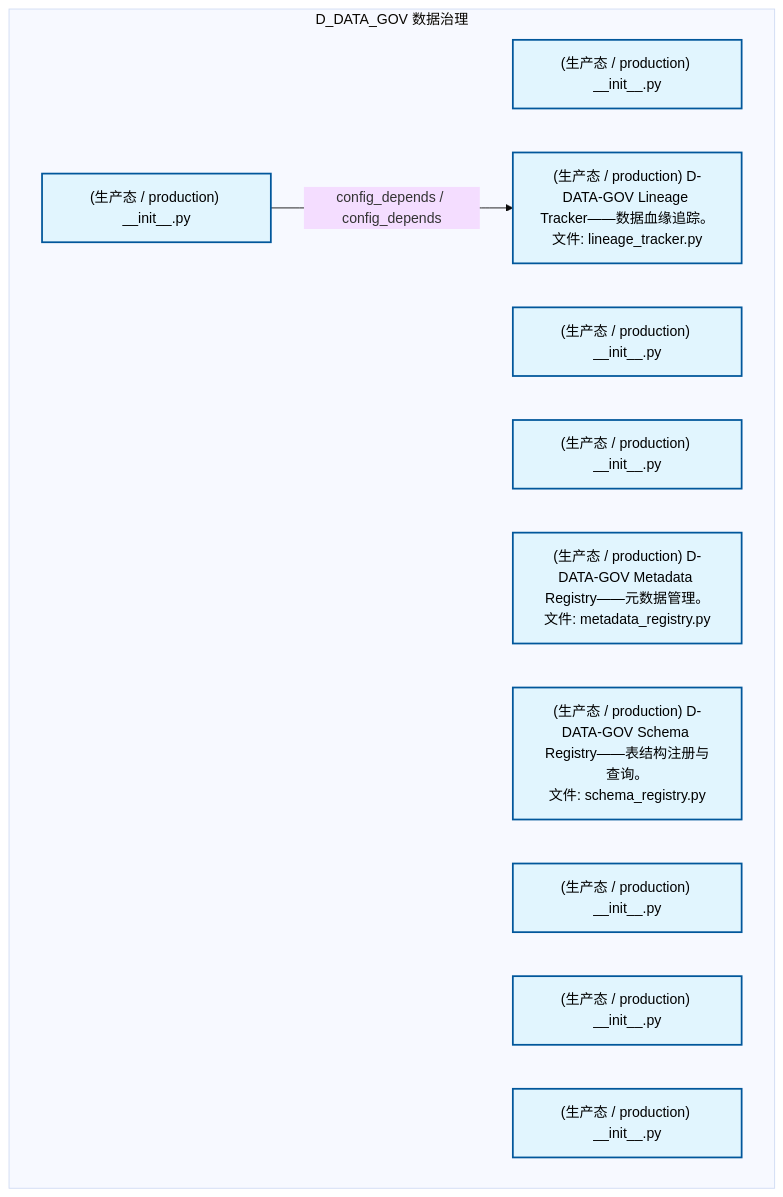
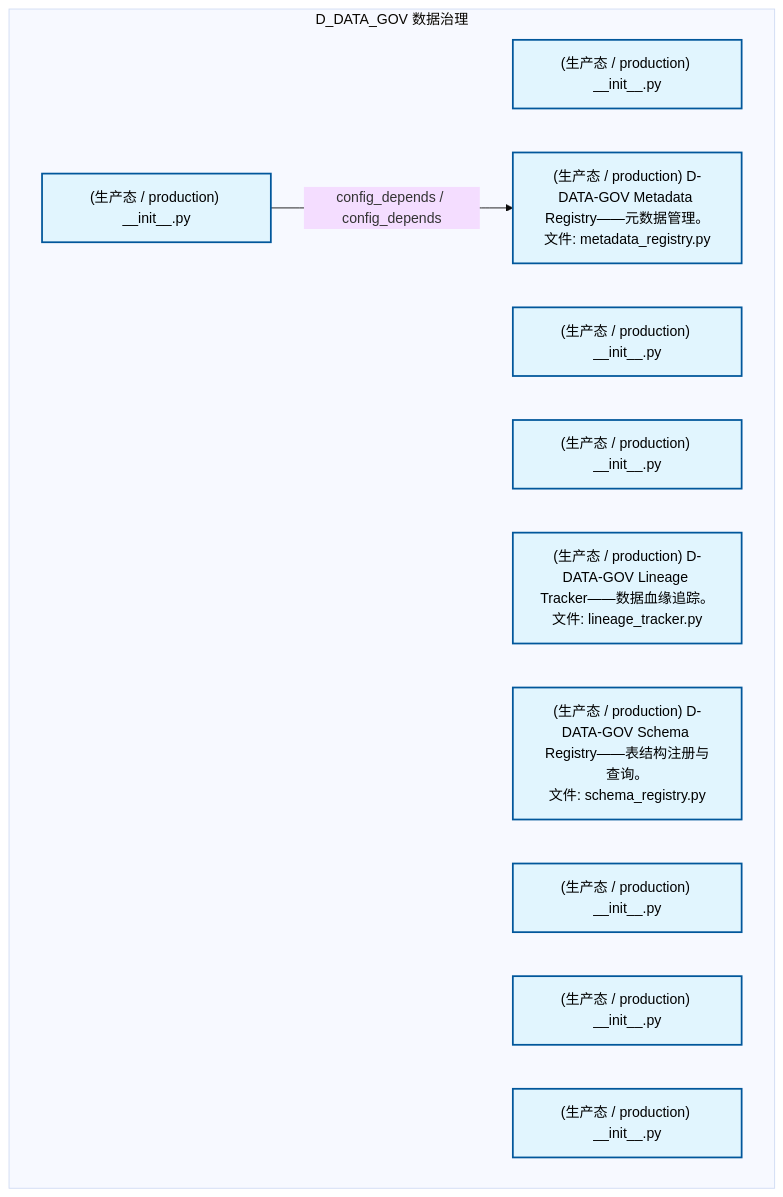
The second of 2 diagrams in docs/02_enterprise_architecture/02_domain_architecture_docs/13_d_data_gov.md (xuanFelixVan/ZephyrAlpha), drawn with Mermaid (base theme) before and after one commit. The commit also changed other lines of this file and 41 other files, not shown here.

````diff
--- a/docs/02_enterprise_architecture/02_domain_architecture_docs/13_d_data_gov.md
+++ b/docs/02_enterprise_architecture/02_domain_architecture_docs/13_d_data_gov.md
@@ -96,21 +96,21 @@
 ```mermaid
 graph TD
     subgraph D_DATA_GOV["D_DATA_GOV 数据治理"]
         src_zephyr_data_governance_init_py["(生产态 / production) __init__.py"]
         src_zephyr_data_governance_extensions_init_py["(生产态 / production) __init__.py"]
         src_zephyr_data_governance_api_init_py["(生产态 / production) __init__.py"]
         src_zephyr_data_governance_core_init_py["(生产态 / production) __init__.py"]
         src_zephyr_data_governance_core_lineage_tracker_py["(生产态 / production) D-DATA-GOV Lineage Tracker——数据血缘追踪。<br/>文件: lineage_tracker.py"]
         src_zephyr_data_governance_core_metadata_registry_py["(生产态 / production) D-DATA-GOV Metadata Registry——元数据管理。<br/>文件: metadata_registry.py"]
         src_zephyr_data_governance_core_schema_registry_py["(生产态 / production) D-DATA-GOV Schema Registry——表结构注册与查询。<br/>文件: schema_registry.py"]
         src_zephyr_data_governance_infrastructure_init_py["(生产态 / production) __init__.py"]
         src_zephyr_data_governance_models_init_py["(生产态 / production) __init__.py"]
         src_zephyr_data_governance_services_init_py["(生产态 / production) __init__.py"]
     end
-    src_zephyr_data_governance_core_init_py -->|config_depends / config_depends| src_zephyr_data_governance_core_lineage_tracker_py
+    src_zephyr_data_governance_core_init_py -->|config_depends / config_depends| src_zephyr_data_governance_core_metadata_registry_py
     classDef production fill:#e1f5fe,stroke:#01579b,stroke-width:2px,color:#000
     classDef design fill:#fff3e0,stroke:#e65100,stroke-width:2px,color:#000,stroke-dasharray: 5 5
     classDef external_prod fill:#e8f5e9,stroke:#1b5e20,stroke-width:1px,color:#000
     classDef external_design fill:#fce4ec,stroke:#880e4f,stroke-width:1px,color:#000,stroke-dasharray: 5 5
     class src_zephyr_data_governance_init_py,src_zephyr_data_governance_extensions_init_py,src_zephyr_data_governance_api_init_py,src_zephyr_data_governance_core_init_py,src_zephyr_data_governance_core_lineage_tracker_py,src_zephyr_data_governance_core_metadata_registry_py,src_zephyr_data_governance_core_schema_registry_py,src_zephyr_data_governance_infrastructure_init_py,src_zephyr_data_governance_models_init_py,src_zephyr_data_governance_services_init_py production
 ```
````
